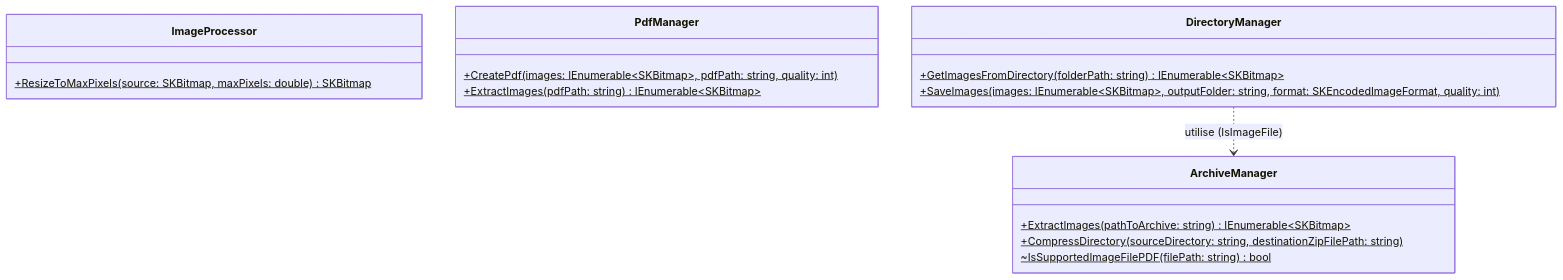
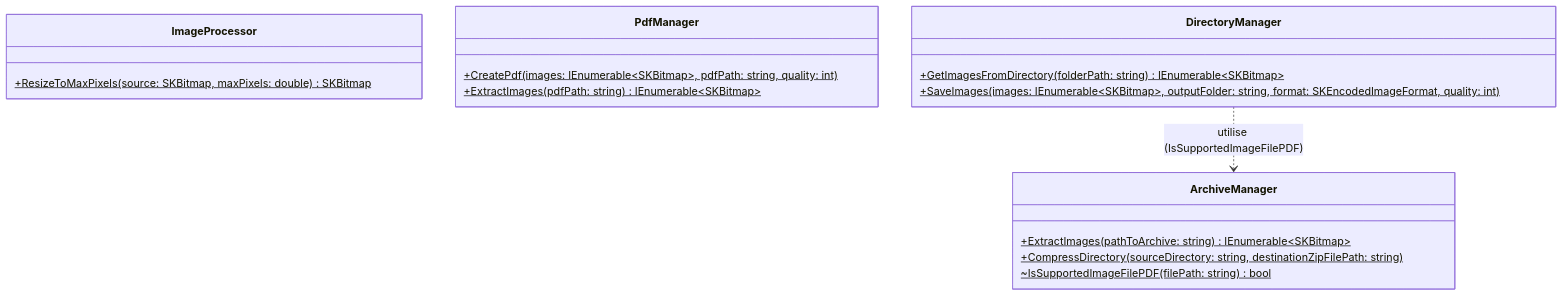
Before and after one commit to Hoferlukaslh/ScholarLog: the diagram in PoC/CBZ/README.md, drawn with Mermaid. The commit also changed other lines of this file and 1 other file, not shown here.

````diff
--- a/PoC/CBZ/README.md
+++ b/PoC/CBZ/README.md
@@ -9,31 +16,31 @@
 ``` mermaid
 classDiagram
 
   class ImageProcessor {
     %% Responsabilité : Manipulation d'images en mémoire %%
     +ResizeToMaxPixels(source: SKBitmap, maxPixels: double) SKBitmap$
   }
 
   class PdfManager {
     %% Responsabilité : Génération et lecture de PDF %%
     +CreatePdf(images: IEnumerable~SKBitmap~, pdfPath: string, quality: int)$
     +ExtractImages(pdfPath: string) IEnumerable~SKBitmap~$
   }
 
   class ArchiveManager {
     %% Responsabilité : Manipulation de fichiers compressés %%
     +ExtractImages(pathToArchive: string) IEnumerable~SKBitmap~$
     +CompressDirectory(sourceDirectory: string, destinationZipFilePath: string)$
     ~IsSupportedImageFilePDF(filePath: string) bool$
   }
 
   class DirectoryManager {
     %% Responsabilité : Interactions avec les dossiers classiques %%
     +GetImagesFromDirectory(folderPath: string) IEnumerable~SKBitmap~$
     +SaveImages(images: IEnumerable~SKBitmap~, outputFolder: string, format: SKEncodedImageFormat, quality: int)$
   }
 
   %% Relations d'utilisation (dépendances) %%
-  DirectoryManager ..> ArchiveManager : utilise (IsImageFile)
+  DirectoryManager ..> ArchiveManager : utilise (IsSupportedImageFilePDF)
     
 ```
````
